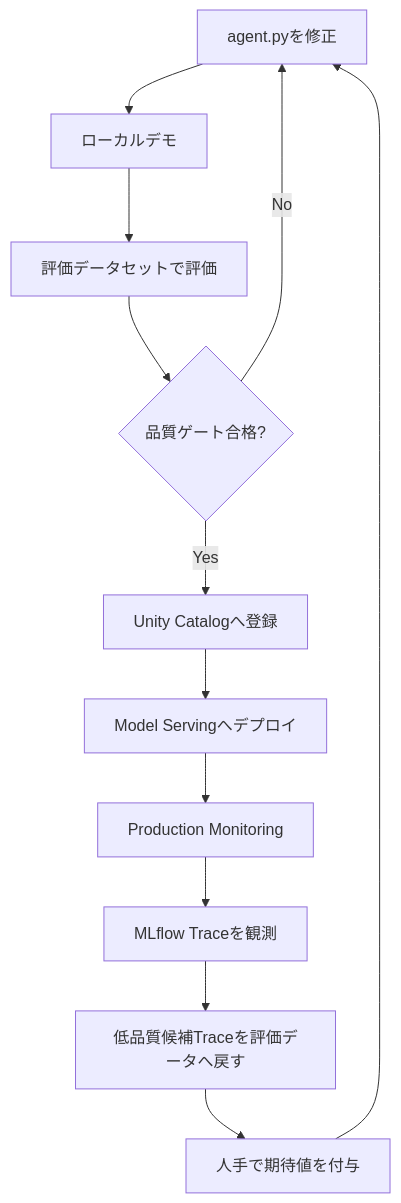
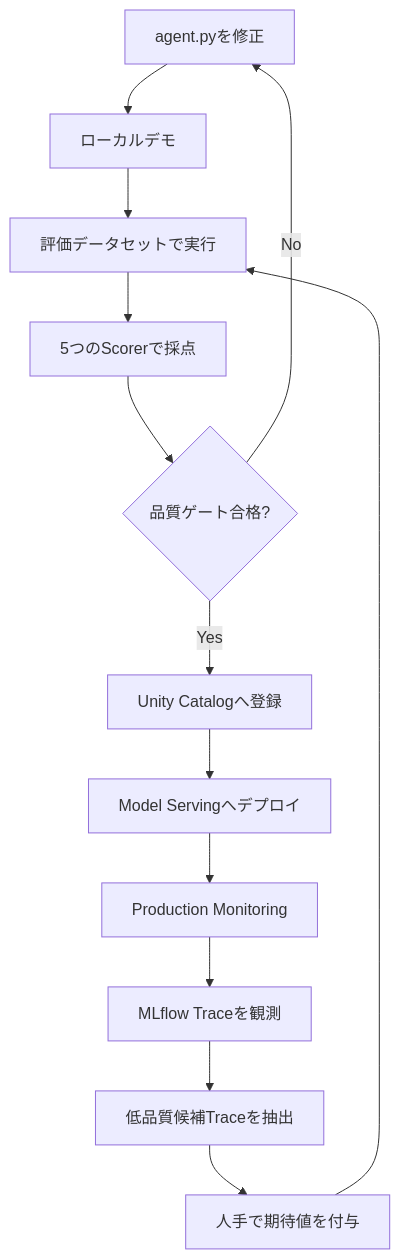
Before and after one commit to aymkbyshi/databricks-agentops-customer-support: the first of 7 diagrams in articles/databricks-agentops-zenn.md, drawn with Mermaid. The commit also changed other lines of this file, not shown here.

````diff
--- a/articles/databricks-agentops-zenn.md
+++ b/articles/databricks-agentops-zenn.md
@@ -29,14 +33,15 @@
 ```mermaid
 flowchart TD
     A[agent.pyを修正] --> B[ローカルデモ]
-    B --> C[評価データセットで評価]
-    C --> D{品質ゲート合格?}
-    D -->|No| A
-    D -->|Yes| E[Unity Catalogへ登録]
-    E --> F[Model Servingへデプロイ]
-    F --> G[Production Monitoring]
-    G --> H[MLflow Traceを観測]
-    H --> I[低品質候補Traceを評価データへ戻す]
-    I --> J[人手で期待値を付与]
-    J --> A
+    B --> C[評価データセットで実行]
+    C --> D[5つのScorerで採点]
+    D --> E{品質ゲート合格?}
+    E -->|No| A
+    E -->|Yes| F[Unity Catalogへ登録]
+    F --> G[Model Servingへデプロイ]
+    G --> H[Production Monitoring]
+    H --> I[MLflow Traceを観測]
+    I --> J[低品質候補Traceを抽出]
+    J --> K[人手で期待値を付与]
+    K --> C
 ```
````
